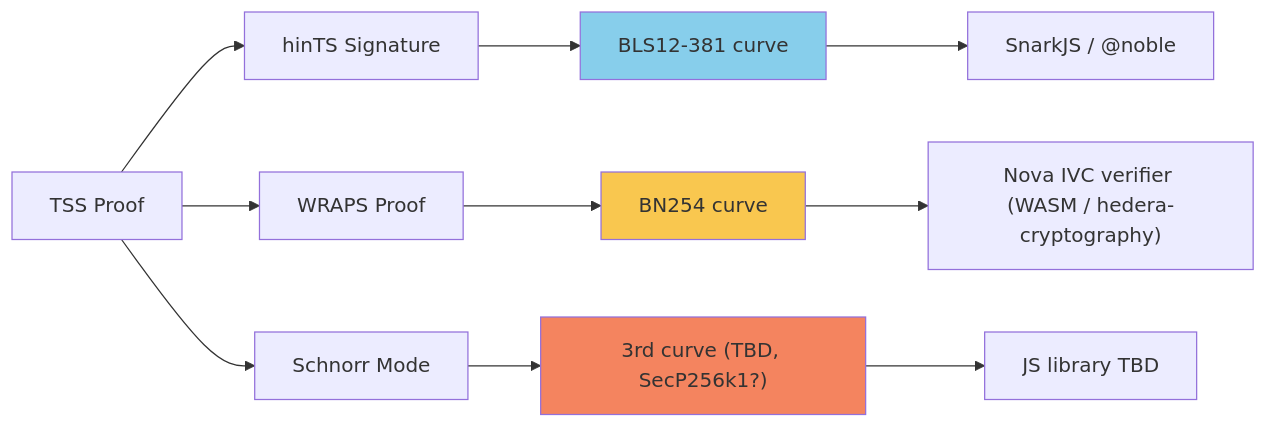
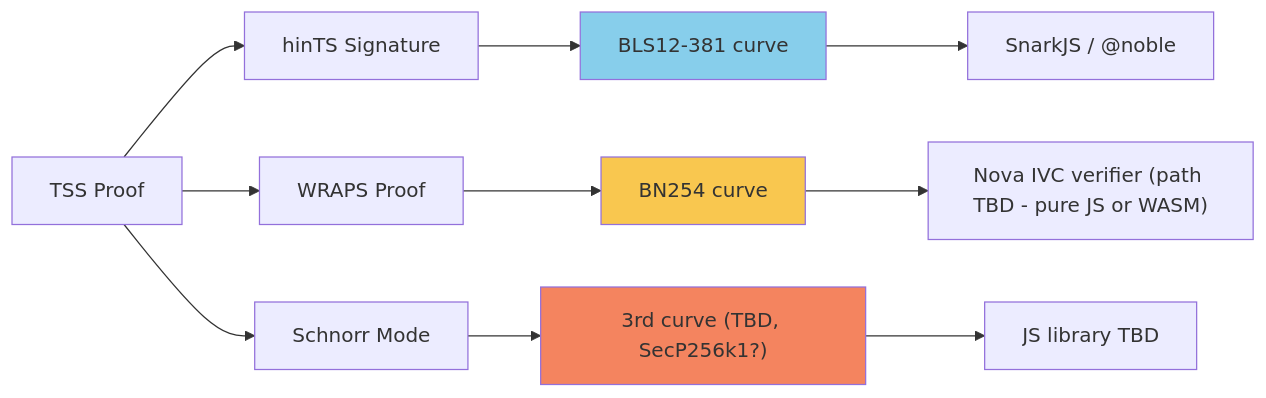
One commit to hiero-ledger/hiero-block-node changed the third of 3 diagrams in docs/design/js-tss-verification-library.md. Above: the diagram before and after it, drawn with Mermaid. The commit also changed other lines of this file, not shown here.

````diff
--- a/docs/design/js-tss-verification-library.md
+++ b/docs/design/js-tss-verification-library.md
@@ -578,18 +552,18 @@
 ```mermaid
 graph LR
     TSS["TSS Proof"] --> HINTS["hinTS Signature"]
     TSS --> WRAPS["WRAPS Proof"]
     TSS --> BOOT["Schnorr Mode"]
 
     HINTS --> BLS["BLS12-381 curve"]
     WRAPS --> BN["BN254 curve"]
     BOOT --> THIRD["3rd curve (TBD, SecP256k1?)"]
 
     BLS --> SNARK["SnarkJS / @noble"]
-    BN --> SNARK2["Nova IVC verifier (WASM / hedera-cryptography)"]
+    BN --> SNARK2["Nova IVC verifier (path TBD - pure JS or WASM)"]
     THIRD --> TBD["JS library TBD"]
 
     style BLS fill:#87ceeb
     style BN fill:#f9c74f
     style THIRD fill:#f4845f
 ```
````
